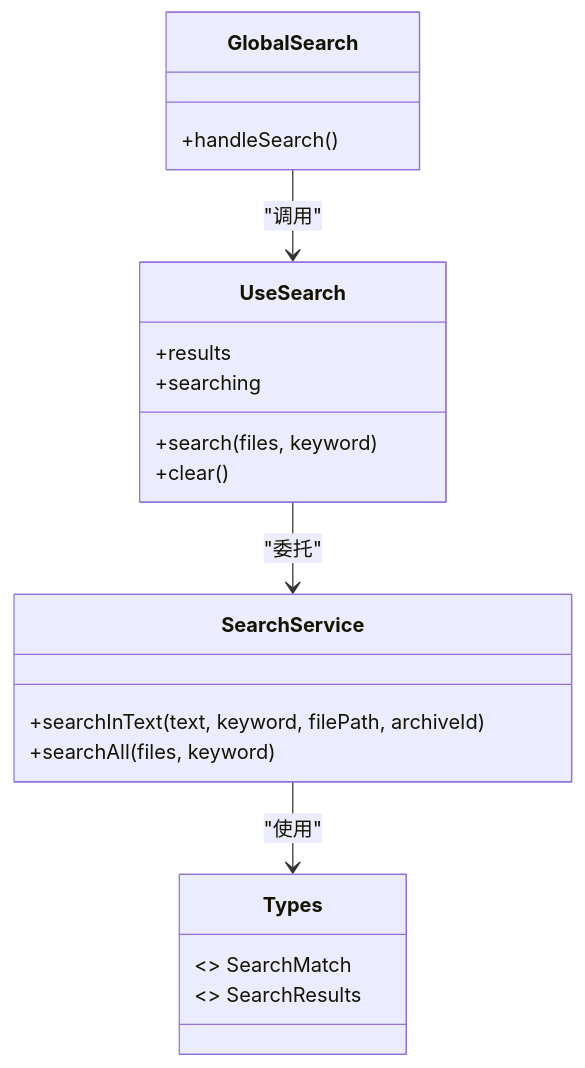
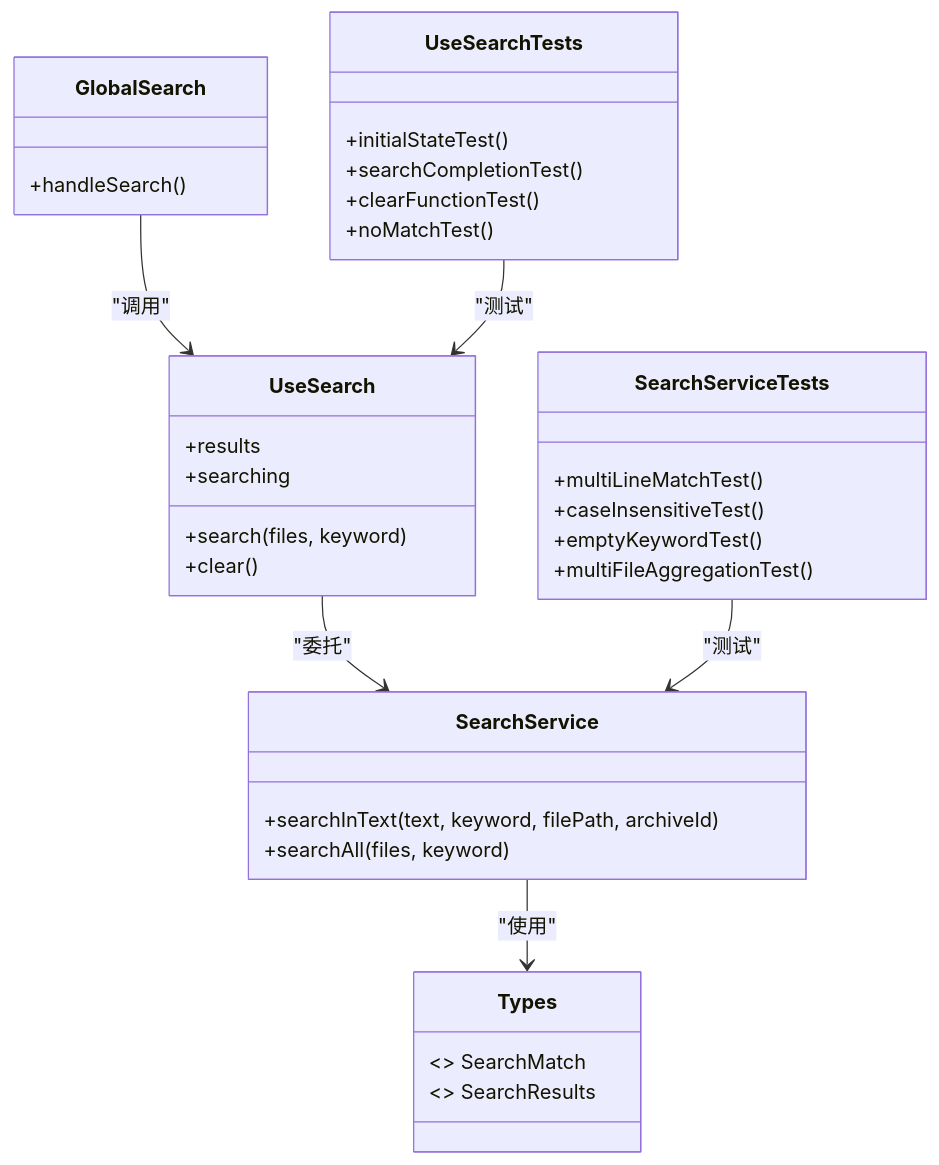
One commit to taoweidong/Hello-Tauri changed the third of 4 diagrams in .qoder/repowiki/zh/content/架构设计/数据流模式/组合式函数数据逻辑/全局搜索组合函数.md. Above: the diagram before and after it, drawn with Mermaid. The commit also changed other lines of this file and 119 other files, not shown here.

````diff
--- a/.qoder/repowiki/zh/content/架构设计/数据流模式/组合式函数数据逻辑/全局搜索组合函数.md
+++ b/.qoder/repowiki/zh/content/架构设计/数据流模式/组合式函数数据逻辑/全局搜索组合函数.md
@@ -179,23 +230,37 @@
 ```mermaid
 classDiagram
 class GlobalSearch {
 +handleSearch()
 }
 class UseSearch {
 +results
 +searching
 +search(files, keyword)
 +clear()
 }
 class SearchService {
 +searchInText(text, keyword, filePath, archiveId)
 +searchAll(files, keyword)
 }
 class Types {
 <<interface>> SearchMatch
 <<interface>> SearchResults
 }
+class UseSearchTests {
++initialStateTest()
++searchCompletionTest()
++clearFunctionTest()
++noMatchTest()
+}
+class SearchServiceTests {
++multiLineMatchTest()
++caseInsensitiveTest()
++emptyKeywordTest()
++multiFileAggregationTest()
+}
 GlobalSearch --> UseSearch : "调用"
 UseSearch --> SearchService : "委托"
 SearchService --> Types : "使用"
+UseSearchTests --> UseSearch : "测试"
+SearchServiceTests --> SearchService : "测试"
 ```
````
